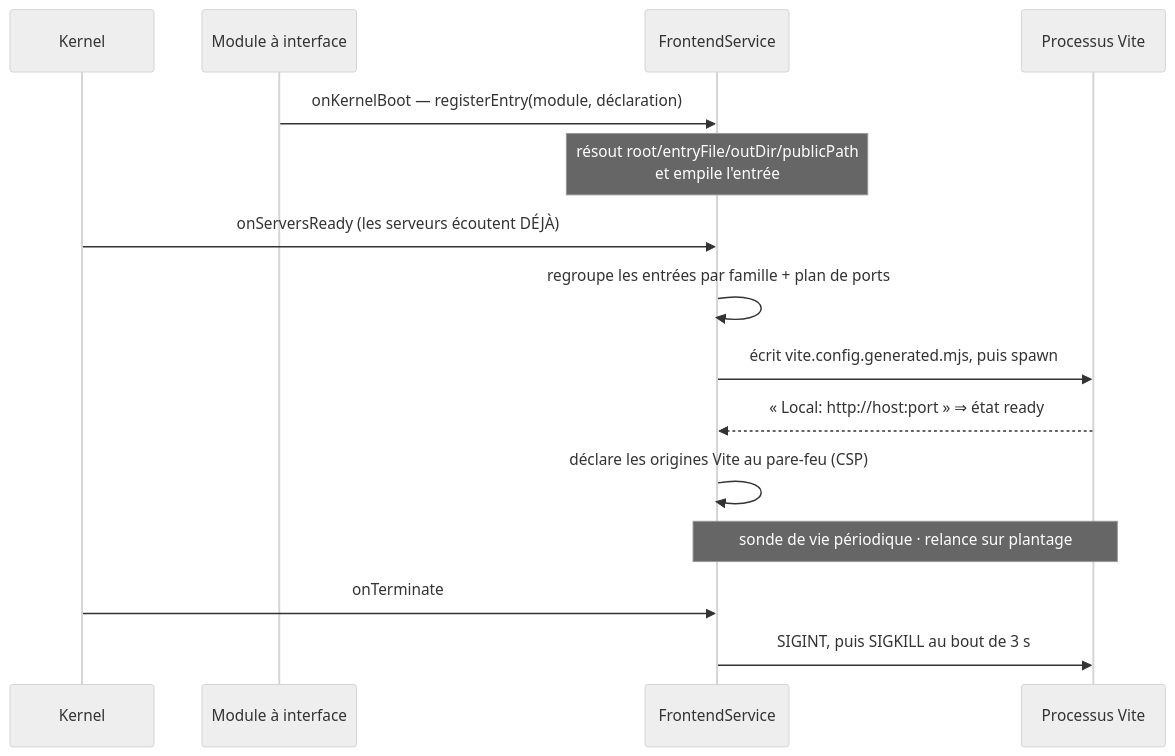
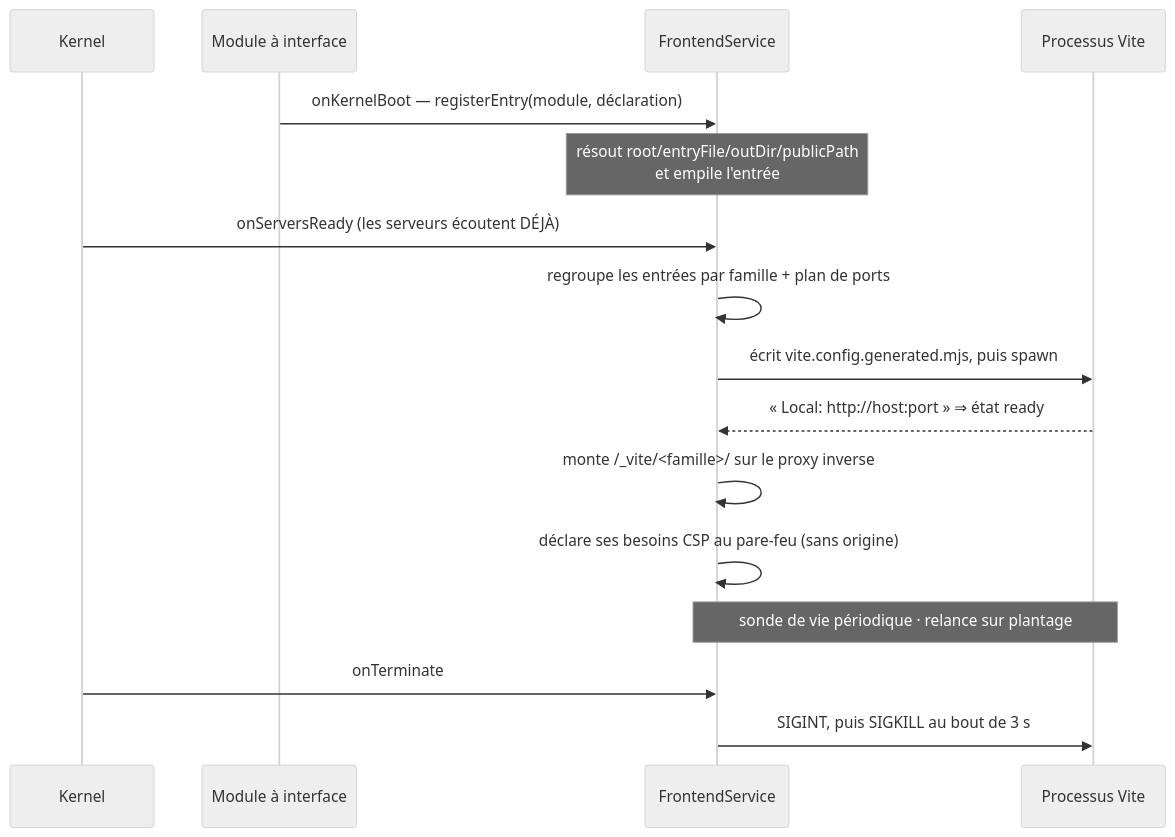
The second of 2 diagrams in src/packages/@nodefony/frontend/docs/index.md (nodefony/nodefony-core), drawn with Mermaid (neutral theme) before and after one commit. The commit also changed other lines of this file and 2 other files, not shown here.

First line of the commit message:
docs(frontend): décrire le relais Vite de même origine et l'accès hors boucle locale

````diff
--- a/src/packages/@nodefony/frontend/docs/index.md
+++ b/src/packages/@nodefony/frontend/docs/index.md
@@ -464,17 +514,18 @@
 ```mermaid
 sequenceDiagram
   participant K as Kernel
   participant M as Module à interface
   participant S as FrontendService
   participant V as Processus Vite
   M->>S: onKernelBoot — registerEntry(module, déclaration)
   Note over S: résout root/entryFile/outDir/publicPath<br/>et empile l'entrée
   K->>S: onServersReady (les serveurs écoutent DÉJÀ)
   S->>S: regroupe les entrées par famille + plan de ports
   S->>V: écrit vite.config.generated.mjs, puis spawn
   V-->>S: « Local: http://host:port » ⇒ état ready
-  S->>S: déclare les origines Vite au pare-feu (CSP)
+  S->>S: monte /_vite/<famille>/ sur le proxy inverse
+  S->>S: déclare ses besoins CSP au pare-feu (sans origine)
   Note over S,V: sonde de vie périodique · relance sur plantage
   K->>S: onTerminate
   S->>V: SIGINT, puis SIGKILL au bout de 3 s
 ```
````
